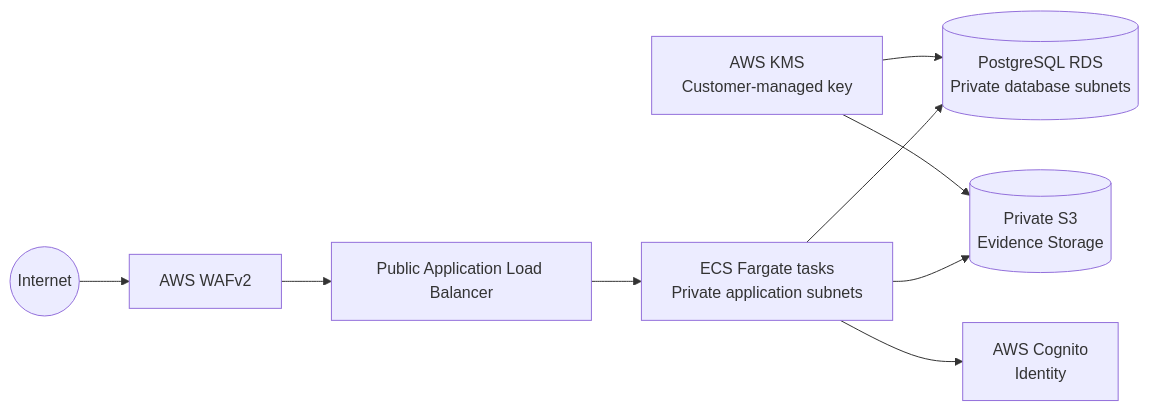
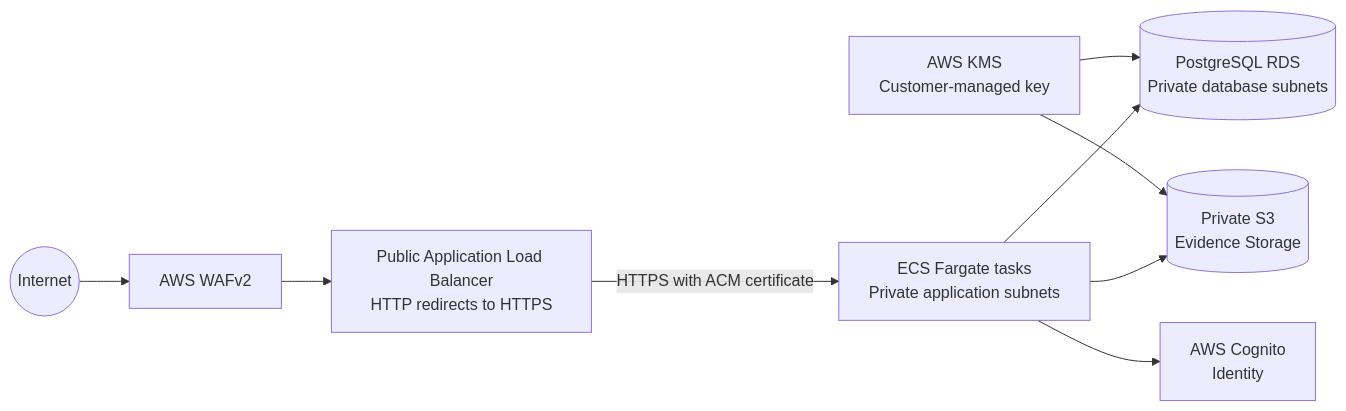
The diagram in README.md (waseembuilds-cloud/Sentinal-IAC-Reference), drawn with Mermaid before and after one commit. The commit also changed other lines of this file and 21 other files, not shown here.

````diff
--- a/README.md
+++ b/README.md
@@ -14,11 +14,11 @@
 ```mermaid
 flowchart LR
     Internet((Internet)) --> WAF[AWS WAFv2]
-    WAF --> ALB[Public Application Load Balancer]
-    ALB --> ECS[ECS Fargate tasks<br/>Private application subnets]
+    WAF --> ALB[Public Application Load Balancer<br/>HTTP redirects to HTTPS]
+    ALB -->|HTTPS with ACM certificate| ECS[ECS Fargate tasks<br/>Private application subnets]
     ECS --> RDS[(PostgreSQL RDS<br/>Private database subnets)]
     ECS --> S3[(Private S3<br/>Evidence Storage)]
     ECS --> Cognito[AWS Cognito<br/>Identity]
     KMS[AWS KMS<br/>Customer-managed key] --> S3
     KMS --> RDS
 ```
````
